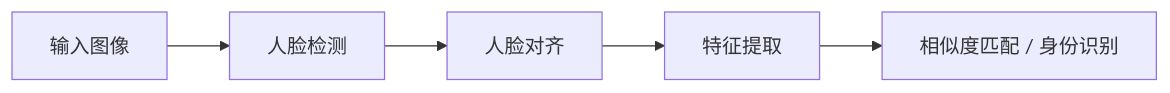
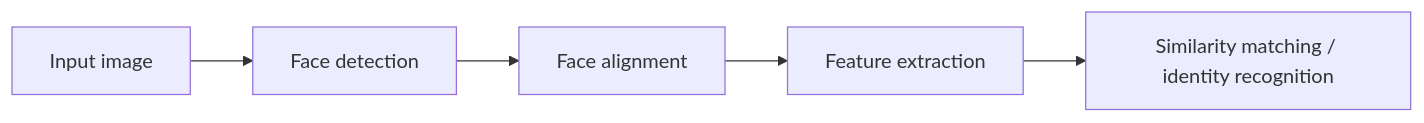
One commit to oudbiao/AI-fullstack-course changed the diagram in docs/ch10-computer-vision/ch05-advanced/01-face-detection.md. Above: the diagram before and after it, drawn with Mermaid. The commit also changed other lines of this file and 1406 other files, not shown here.

````diff
--- a/docs/ch10-computer-vision/ch05-advanced/01-face-detection.md
+++ b/docs/ch10-computer-vision/ch05-advanced/01-face-detection.md
@@ -37,7 +37,7 @@
 ```mermaid
 flowchart LR
-    A["输入图像"] --> B["人脸检测"]
-    B --> C["人脸对齐"]
-    C --> D["特征提取"]
-    D --> E["相似度匹配 / 身份识别"]
+    A["Input image"] --> B["Face detection"]
+    B --> C["Face alignment"]
+    C --> D["Feature extraction"]
+    D --> E["Similarity matching / identity recognition"]
 ```
````
